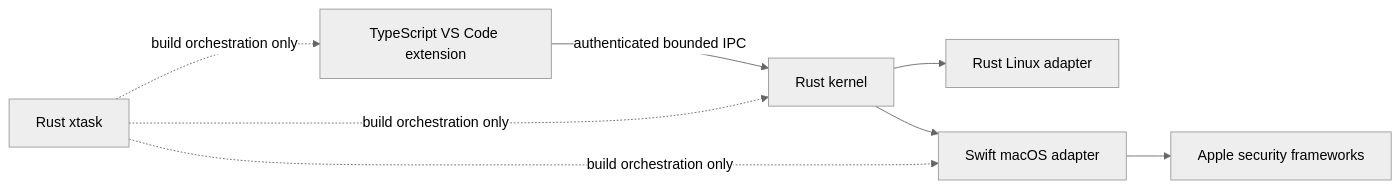
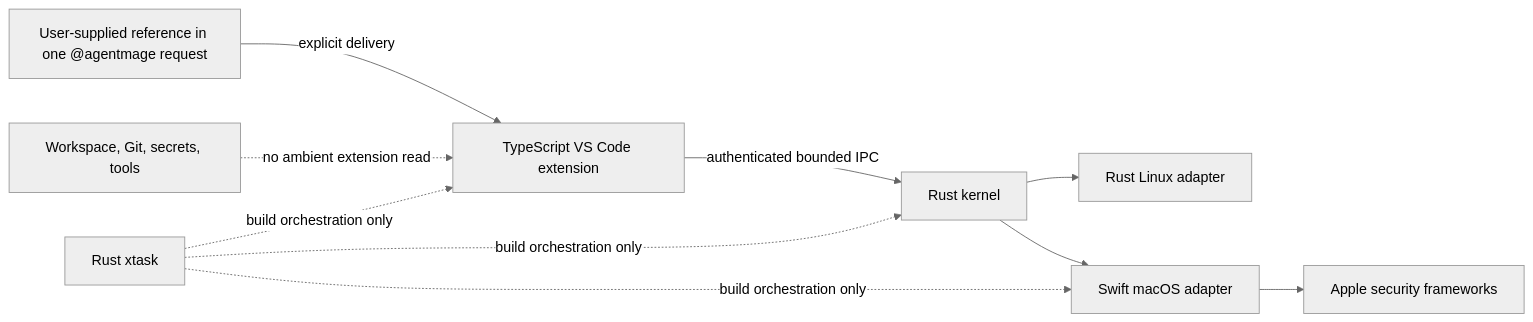
The diagram in docs/decisions/0004-language-and-build-system-architecture.md (AaronNHorvitz/AgentMage), drawn with Mermaid (neutral theme) before and after one commit. The commit also changed other lines of this file and 4 other files, not shown here.

````diff
--- a/docs/decisions/0004-language-and-build-system-architecture.md
+++ b/docs/decisions/0004-language-and-build-system-architecture.md
@@ -65,10 +70,12 @@
 ```mermaid
 flowchart LR
+    U["User-supplied reference in one @agentmage request"] -->|"explicit delivery"| VSC
     VSC["TypeScript VS Code extension"] -->|"authenticated bounded IPC"| K["Rust kernel"]
     K --> LC["Rust Linux adapter"]
     K --> MC["Swift macOS adapter"]
     MC --> AF["Apple security frameworks"]
+    WS["Workspace, Git, secrets, tools"] -.->|"no ambient extension read"| VSC
     XT["Rust xtask"] -.->|"build orchestration only"| VSC
     XT -.->|"build orchestration only"| K
     XT -.->|"build orchestration only"| MC
 ```
````
